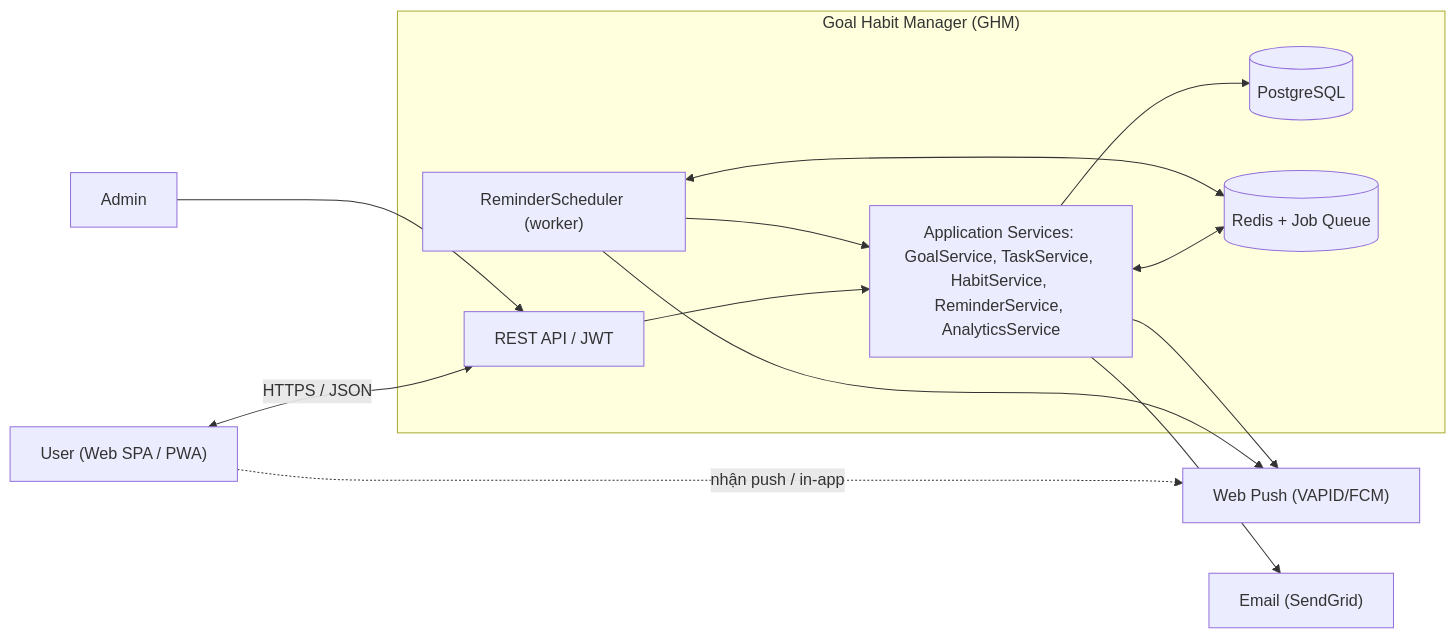
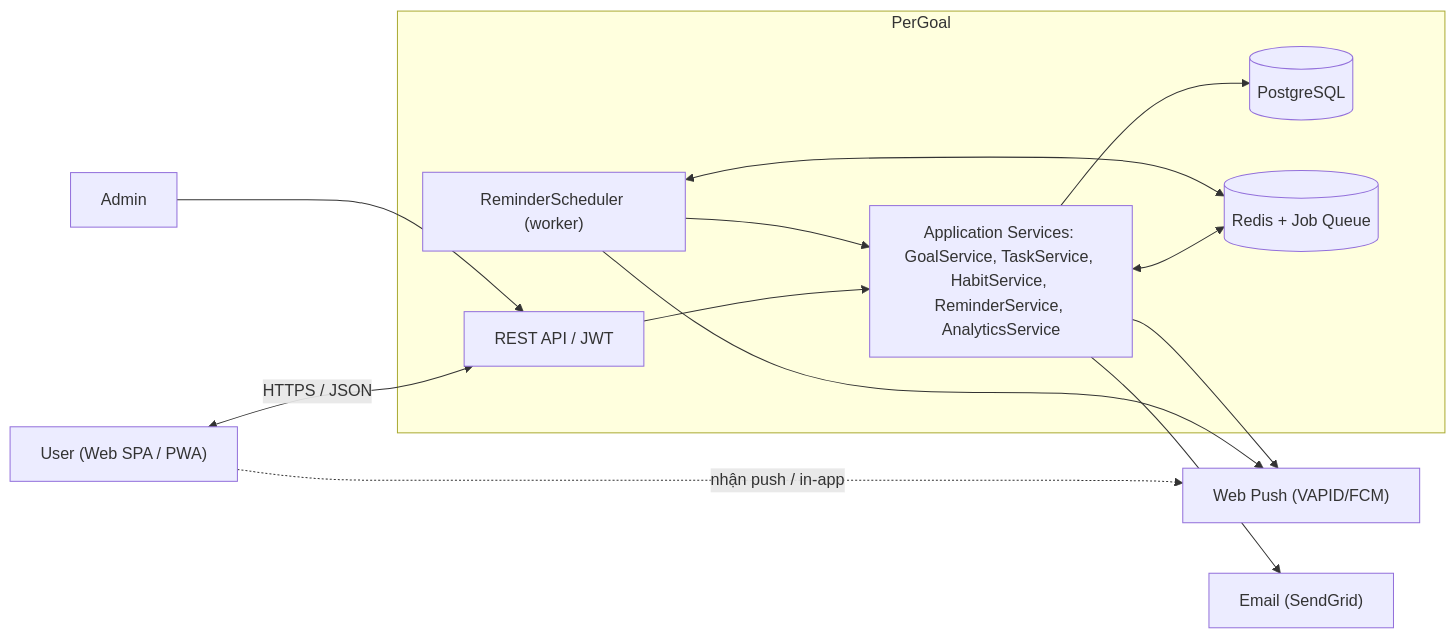
One commit to Musual-Moncra/MH-OOAD changed the third of 4 diagrams in graphify-out/workflow/01-tong-quan-he-thong.md. Above: the diagram before and after it, drawn with Mermaid. The commit also changed other lines of this file and 11 other files, not shown here.

Commit message:
Rename project to PerGoal and remove General Markdown.md

````diff
--- a/graphify-out/workflow/01-tong-quan-he-thong.md
+++ b/graphify-out/workflow/01-tong-quan-he-thong.md
@@ -251,28 +251,28 @@
 ```mermaid
 flowchart LR
     User["User (Web SPA / PWA)"]
     Admin["Admin"]
 
-    subgraph GHM["Goal Habit Manager (GHM)"]
+    subgraph PerGoal["PerGoal"]
         API["REST API / JWT"]
         Services["Application Services: GoalService, TaskService, HabitService, ReminderService, AnalyticsService"]
         Worker["ReminderScheduler (worker)"]
         DB[("PostgreSQL")]
         Queue[("Redis + Job Queue")]
         API --> Services
         Services --> DB
         Services <--> Queue
         Worker <--> Queue
         Worker --> Services
     end
 
     Push["Web Push (VAPID/FCM)"]
     Email["Email (SendGrid)"]
 
     User <-->|HTTPS / JSON| API
     User -.->|"nhận push / in-app"| Push
     Admin --> API
     Worker --> Push
     Services --> Push
     Services --> Email
 ```
````
